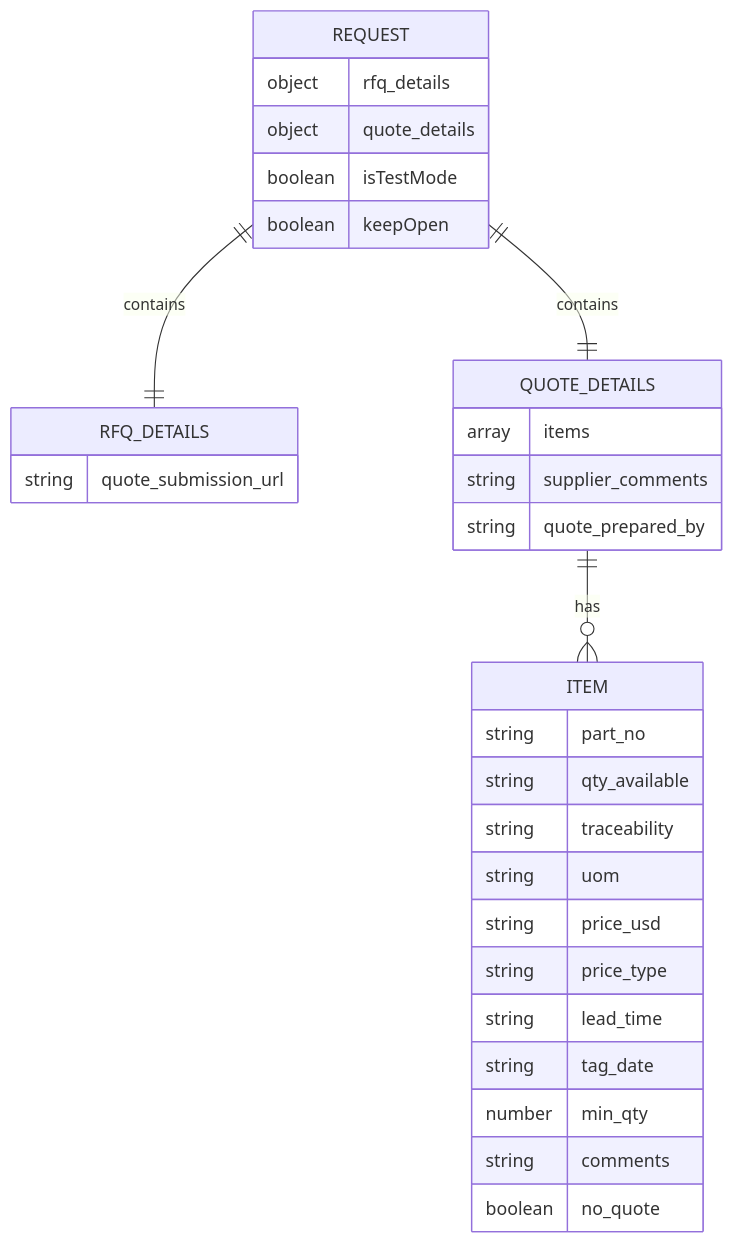
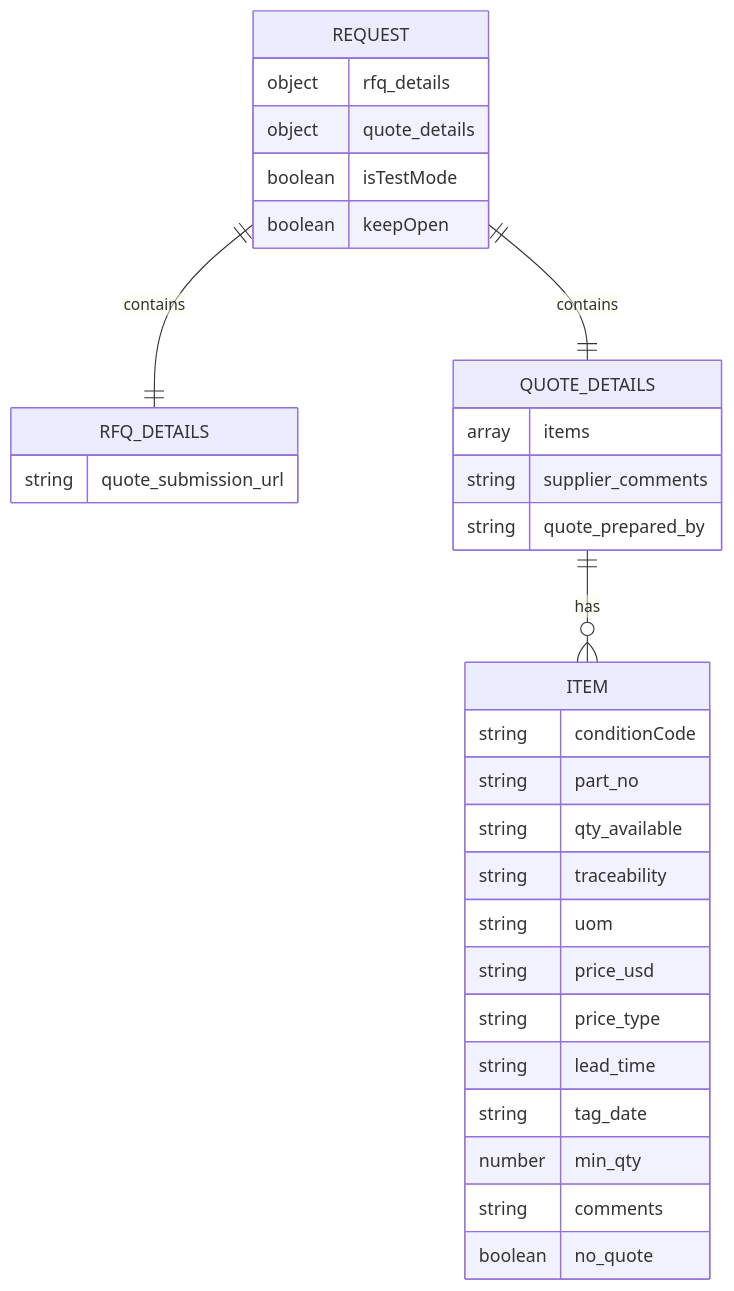
Before and after one commit to PulseInsights-Org/puppeteer-service: the second of 6 diagrams in docs/architecture.md, drawn with Mermaid. The commit also changed 9 other files, not shown here.

First line of the commit message:
feat: Unify condition code handling into single items array

````diff
--- a/docs/architecture.md
+++ b/docs/architecture.md
@@ -167,37 +167,38 @@
 ```mermaid
 erDiagram
     REQUEST {
         object rfq_details
         object quote_details
         boolean isTestMode
         boolean keepOpen
     }
 
     RFQ_DETAILS {
         string quote_submission_url
     }
 
     QUOTE_DETAILS {
         array items
         string supplier_comments
         string quote_prepared_by
     }
 
     ITEM {
+        string conditionCode
         string part_no
         string qty_available
         string traceability
         string uom
         string price_usd
         string price_type
         string lead_time
         string tag_date
         number min_qty
         string comments
         boolean no_quote
     }
 
     REQUEST ||--|| RFQ_DETAILS : contains
     REQUEST ||--|| QUOTE_DETAILS : contains
     QUOTE_DETAILS ||--o{ ITEM : has
 ```
````
